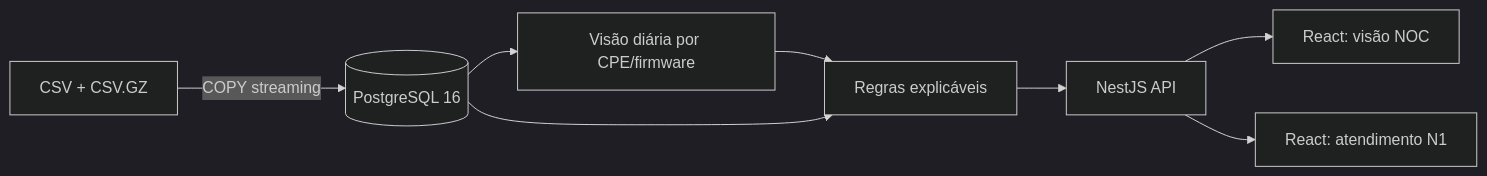
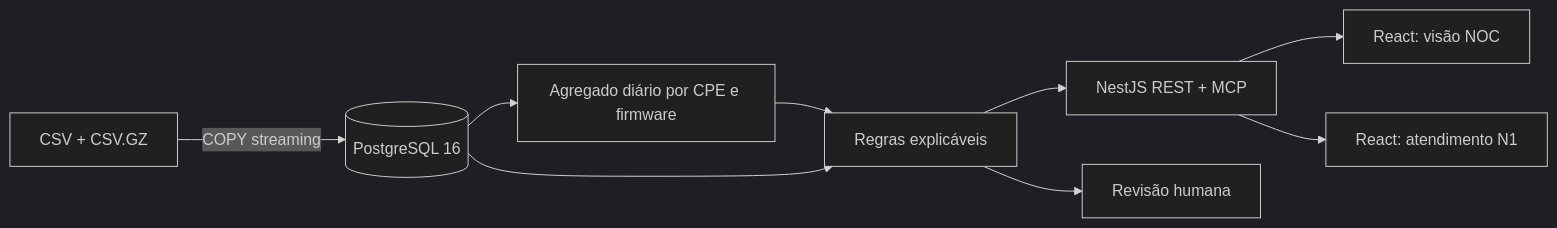
One commit to AlanHJH/ix-teste changed the first of 2 diagrams in docs/arquitetura.md. Above: the diagram before and after it, drawn with Mermaid (dark theme). The commit also changed other lines of this file and 106 other files, not shown here.

````diff
--- a/docs/arquitetura.md
+++ b/docs/arquitetura.md
@@ -9,10 +17,11 @@
 ```mermaid
 flowchart LR
   Files[CSV + CSV.GZ] -->|COPY streaming| PG[(PostgreSQL 16)]
-  PG --> Daily[Visão diária por CPE/firmware]
+  PG --> Daily[Agregado diário por CPE e firmware]
   Daily --> Rules[Regras explicáveis]
   PG --> Rules
-  Rules --> API[NestJS API]
+  Rules --> API[NestJS REST + MCP]
   API --> NOC[React: visão NOC]
   API --> N1[React: atendimento N1]
+  Rules --> Review[Revisão humana]
 ```
````
